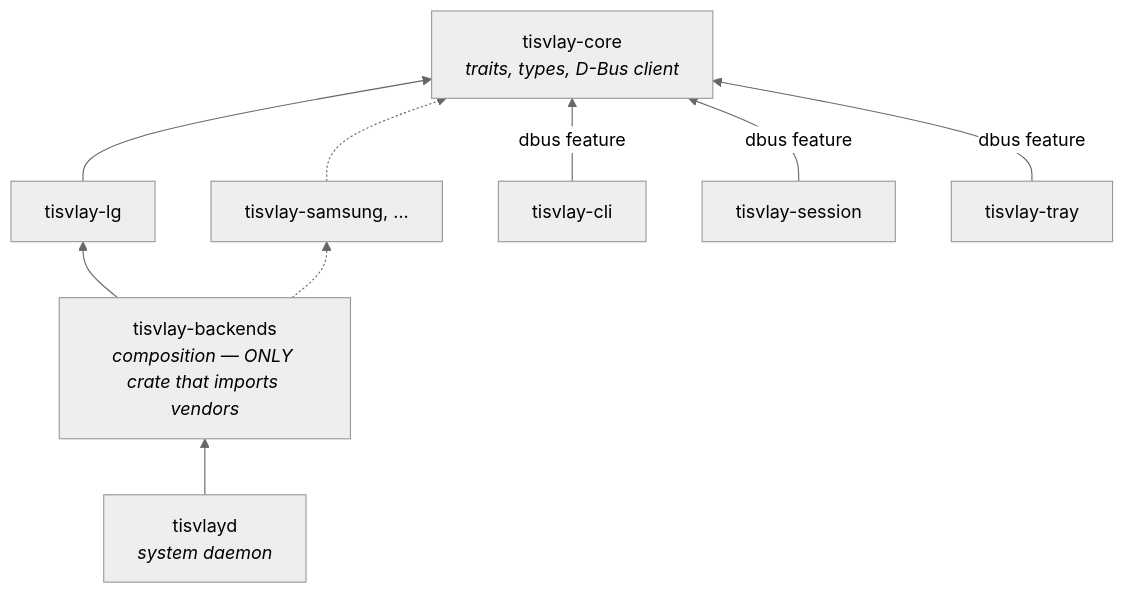
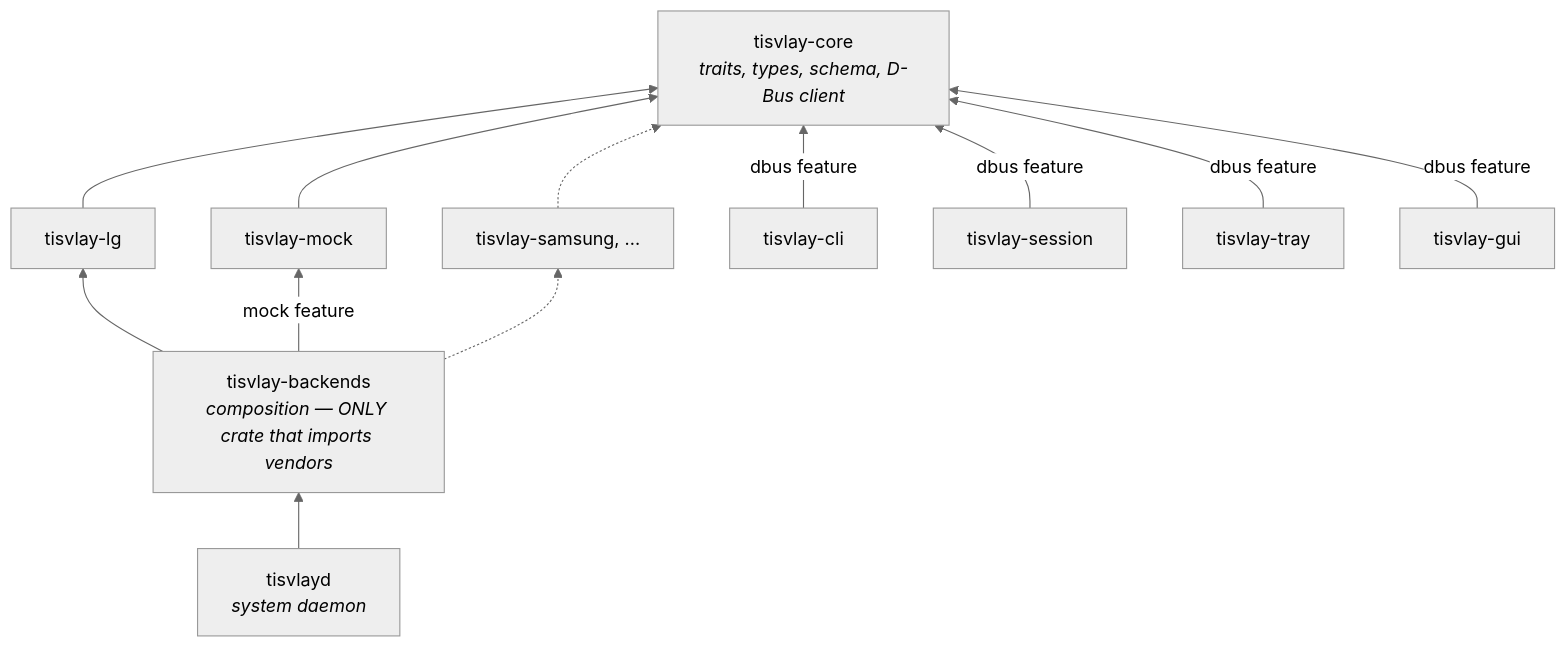
One commit to TisVlay/TisVlay changed the second of 4 diagrams in docs/design.md. Above: the diagram before and after it, drawn with Mermaid (neutral theme). The commit also changed other lines of this file and 105 other files, not shown here.

First line of the commit message:
feat: tisvlay-gui Slint settings window + supporting daemon/core surface (#36)

````diff
--- a/docs/design.md
+++ b/docs/design.md
@@ -61,20 +66,25 @@
 ```mermaid
 graph BT
-    core["tisvlay-core<br/><i>traits, types, D-Bus client</i>"]
+    core["tisvlay-core<br/><i>traits, types, schema, D-Bus client</i>"]
     lg["tisvlay-lg"]
+    mock["tisvlay-mock"]
     samsung["tisvlay-samsung, ..."]
     backends["tisvlay-backends<br/><i>composition — ONLY crate that imports vendors</i>"]
     daemon["tisvlayd<br/><i>system daemon</i>"]
     cli["tisvlay-cli"]
     session["tisvlay-session"]
     tray["tisvlay-tray"]
+    gui["tisvlay-gui"]
 
     lg --> core
+    mock --> core
     samsung -.-> core
     backends --> lg
+    backends -->|"mock feature"| mock
     backends -.-> samsung
     daemon --> backends
     cli -->|"dbus feature"| core
     session -->|"dbus feature"| core
     tray -->|"dbus feature"| core
+    gui -->|"dbus feature"| core
 ```
````
